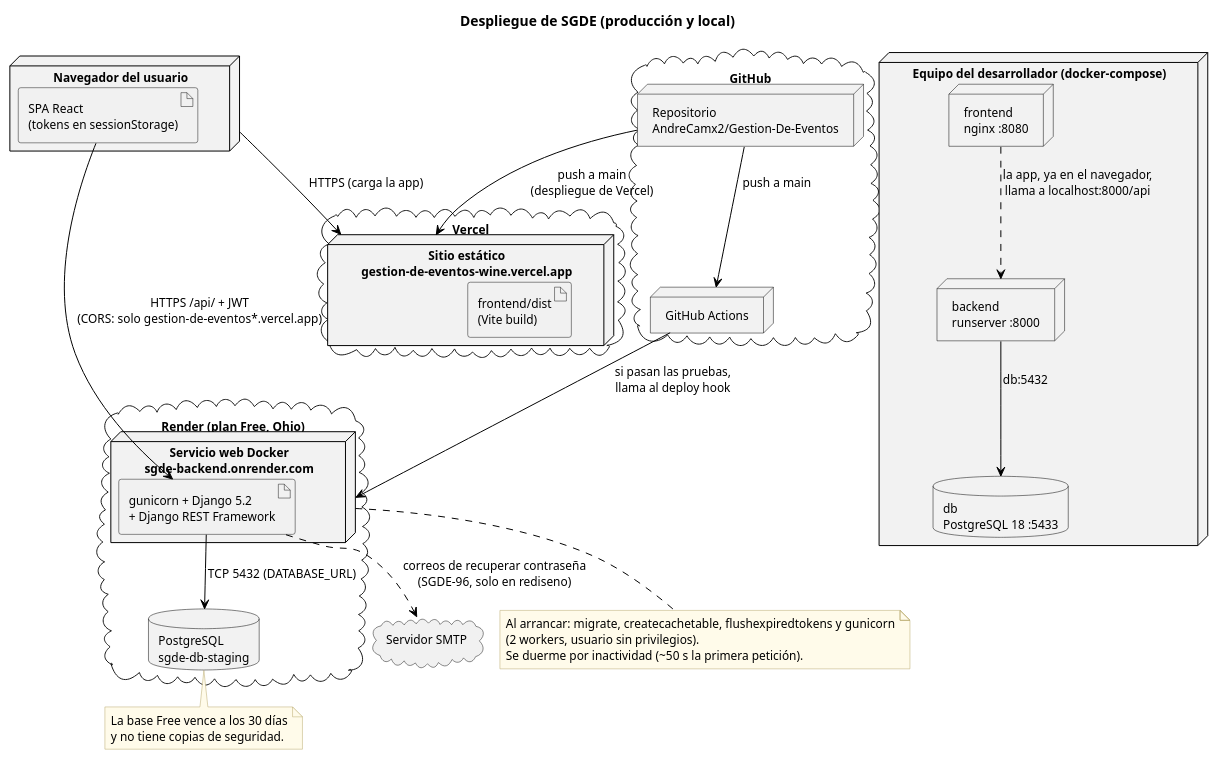
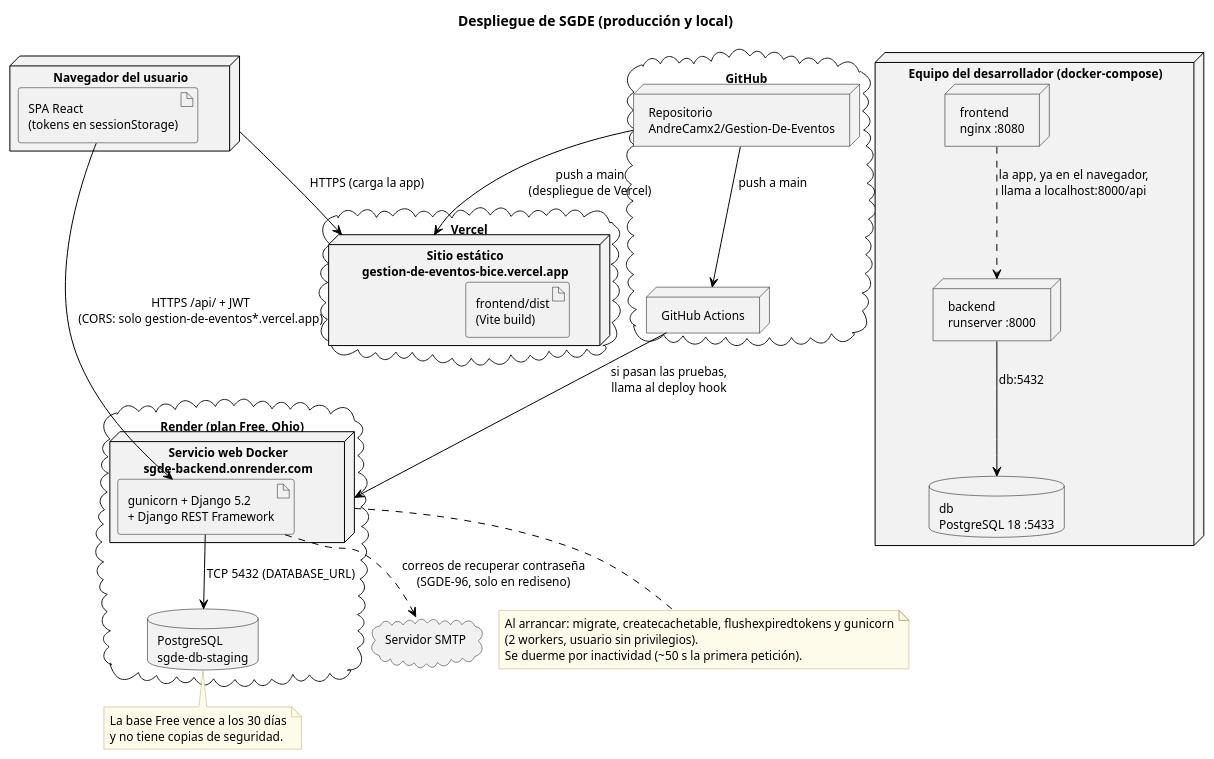
The diagram in docs/arquitectura/Diagrama_Despliegue_SGDE.pu (AndreCamx2/Gestion-De-Eventos), drawn with PlantUML before and after one commit. The commit also changed 2 other files, not shown here.

```diff
--- a/docs/arquitectura/Diagrama_Despliegue_SGDE.pu
+++ b/docs/arquitectura/Diagrama_Despliegue_SGDE.pu
@@ -1,70 +1,70 @@
 @startuml Diagrama_Despliegue_SGDE
 !pragma layout smetana
 title Despliegue de SGDE (producción y local)
 skinparam backgroundColor white
 skinparam ArrowColor black
 skinparam DefaultFontSize 12
 skinparam note {
   BackgroundColor #FFFBEA
   BorderColor #B8A86B
 }
 
 skinparam node {
   BackgroundColor #F2F2F2
   BorderColor black
 }
 skinparam database {
   BackgroundColor #F2F2F2
   BorderColor black
 }
 
 node "Navegador del usuario" as NAV {
   artifact "SPA React\n(tokens en sessionStorage)" as SPA
 }
 
 cloud "Vercel" {
-  node "Sitio estático\ngestion-de-eventos-wine.vercel.app" as VERCEL {
+  node "Sitio estático\ngestion-de-eventos-bice.vercel.app" as VERCEL {
     artifact "frontend/dist\n(Vite build)" as DIST
   }
 }
 
 cloud "Render (plan Free, Ohio)" {
   node "Servicio web Docker\nsgde-backend.onrender.com" as RENDER {
     artifact "gunicorn + Django 5.2\n+ Django REST Framework" as API
   }
   database "PostgreSQL\nsgde-db-staging" as PG
 }
 
 cloud "GitHub" {
   node "Repositorio\nAndreCamx2/Gestion-De-Eventos" as REPO
   node "GitHub Actions" as GHA
 }
 
 cloud "Servidor SMTP" as SMTP
 
 NAV --> VERCEL : HTTPS (carga la app)
 SPA --> API : HTTPS /api/ + JWT\n(CORS: solo gestion-de-eventos*.vercel.app)
 API --> PG : TCP 5432 (DATABASE_URL)
 API ..> SMTP : correos de recuperar contraseña\n(SGDE-96, solo en rediseno)
 REPO --> GHA : push a main
 GHA --> RENDER : si pasan las pruebas,\nllama al deploy hook
 REPO --> VERCEL : push a main\n(despliegue de Vercel)
 
 note bottom of RENDER
   Al arrancar: migrate, createcachetable, flushexpiredtokens y gunicorn
   (2 workers, usuario sin privilegios).
   Se duerme por inactividad (~50 s la primera petición).
 end note
 note bottom of PG
   La base Free vence a los 30 días
   y no tiene copias de seguridad.
 end note
 
 node "Equipo del desarrollador (docker-compose)" as LOCAL {
   node "frontend\nnginx :8080" as L_FRONT
   node "backend\nrunserver :8000" as L_BACK
   database "db\nPostgreSQL 18 :5433" as L_DB
 }
 L_FRONT ..> L_BACK : la app, ya en el navegador,\nllama a localhost:8000/api
 L_BACK --> L_DB : db:5432
 @enduml
```
